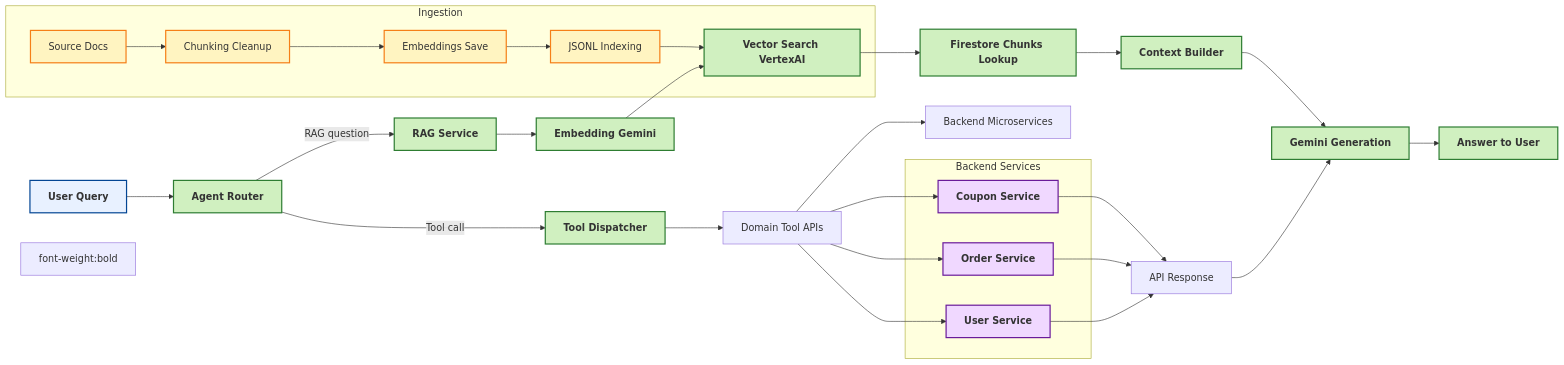
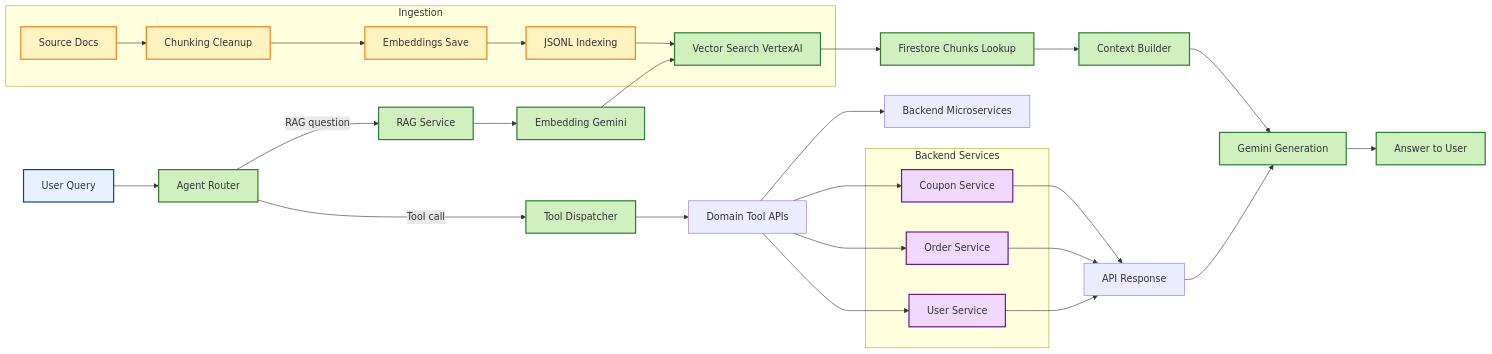
One commit to Deepika1001/AI-Projects changed the diagram in agentic-ecommerce-assistant/README.md. Above: the diagram before and after it, drawn with Mermaid.

Commit message:
Architecture diagram

````diff
--- a/agentic-ecommerce-assistant/README.md
+++ b/agentic-ecommerce-assistant/README.md
@@ -143,51 +143,51 @@
 ```mermaid
 flowchart LR
     A[User Query]
     A --> B[Agent Router]
     B -->|RAG question| C[RAG Service]
     B -->|Tool call| D[Tool Dispatcher]
 
     C --> E[Embedding Gemini]
     E --> F[Vector Search VertexAI]
     F --> G[Firestore Chunks Lookup]
     G --> H[Context Builder]
     H --> I[Gemini Generation]
     I --> J[Answer to User]
 
     D --> K[Domain Tool APIs]
     K --> L[Backend Microservices]
 
     subgraph Backend Services
       L1[Coupon Service]
       L2[Order Service]
       L3[User Service]
     end
 
     K --> L1
     K --> L2
     K --> L3
 
     L1 --> Q[API Response]
     L2 --> Q
     L3 --> Q
 
     Q --> I[Gemini Generation]
 
     subgraph Ingestion
       M[Source Docs] --> N[Chunking Cleanup]
       N --> O[Embeddings Save]
       O --> P[JSONL Indexing]
       P --> F
     end
 
     %% Color styling for visual appeal
-    classDef user fill:#E8F1FF,stroke:#034694,stroke-width:2px,font-weight:bold;
-    classDef core fill:#D0F0C0,stroke:#2E7D32,stroke-width:2px,font-weight:bold;
-    classDef data fill:#FFF4C1,stroke:#F57F17,stroke-width:2px;font-weight:bold;
-    classDef backend fill:#F0D8FF,stroke:#6A1B9A,stroke-width:2px,font-weight:bold;
+    classDef user fill:#E8F1FF,stroke:#034694,stroke-width:2px;
+    classDef core fill:#D0F0C0,stroke:#2E7D32,stroke-width:2px;
+    classDef data fill:#FFF4C1,stroke:#F57F17,stroke-width:2px;
+    classDef backend fill:#F0D8FF,stroke:#6A1B9A,stroke-width:2px;
 
     class A user;
     class B,C,D,E,F,G,H,I,J core;
     class M,N,O,P data;
     class L1,L2,L3 backend;
 ```
````
